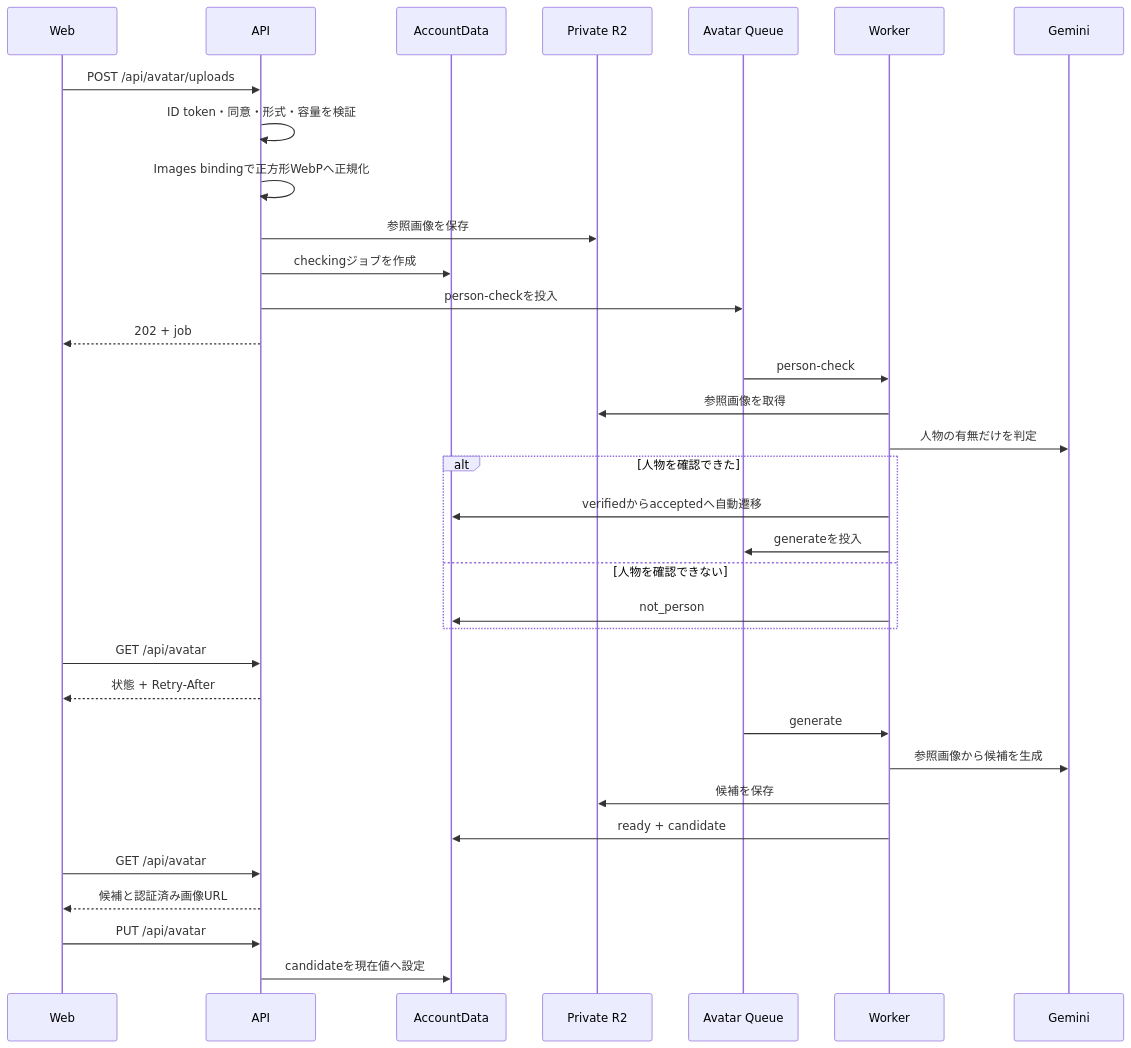
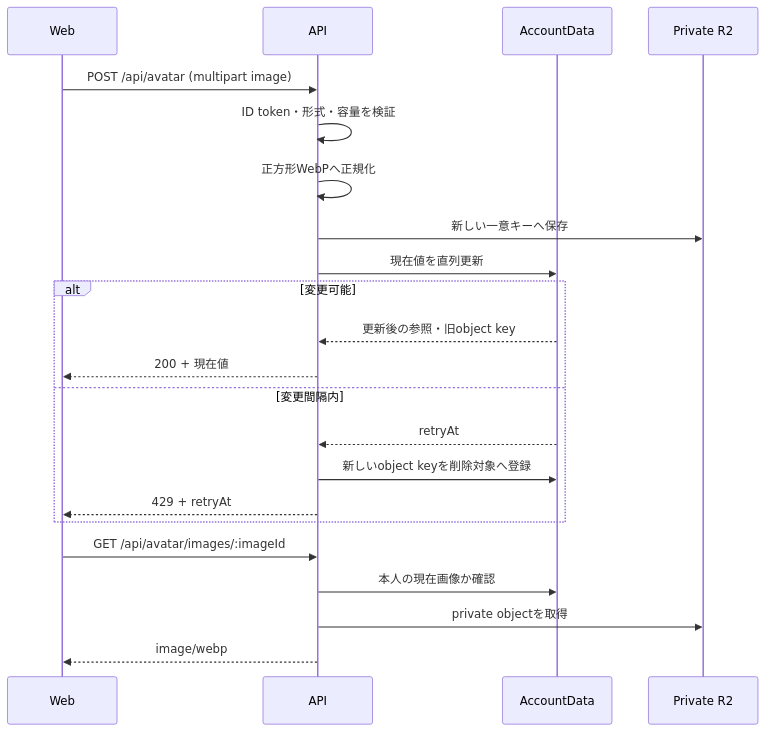
Before and after one commit to kkyosuke/me-builder: the diagram in docs/architecture/avatar-implementation-design.md, drawn with Mermaid. The commit also changed other lines of this file and 66 other files, not shown here.

````diff
--- a/docs/architecture/avatar-implementation-design.md
+++ b/docs/architecture/avatar-implementation-design.md
@@ -24,37 +21,25 @@
 ```mermaid
 sequenceDiagram
     participant Web
     participant API
     participant AD as AccountData
     participant R2 as Private R2
-    participant Q as Avatar Queue
-    participant Worker
-    participant Gemini
 
-    Web->>API: POST /api/avatar/uploads
-    API->>API: ID token・同意・形式・容量を検証
-    API->>API: Images bindingで正方形WebPへ正規化
-    API->>R2: 参照画像を保存
-    API->>AD: checkingジョブを作成
-    API->>Q: person-checkを投入
-    API-->>Web: 202 + job
-    Q->>Worker: person-check
-    Worker->>R2: 参照画像を取得
-    Worker->>Gemini: 人物の有無だけを判定
-    alt 人物を確認できた
-        Worker->>AD: verifiedからacceptedへ自動遷移
-        Worker->>Q: generateを投入
-    else 人物を確認できない
-        Worker->>AD: not_person
+    Web->>API: POST /api/avatar (multipart image)
+    API->>API: ID token・形式・容量を検証
+    API->>API: 正方形WebPへ正規化
+    API->>R2: 新しい一意キーへ保存
+    API->>AD: 現在値を直列更新
+    alt 変更可能
+        AD-->>API: 更新後の参照・旧object key
+        API-->>Web: 200 + 現在値
+    else 変更間隔内
+        AD-->>API: retryAt
+        API->>AD: 新しいobject keyを削除対象へ登録
+        API-->>Web: 429 + retryAt
     end
-    Web->>API: GET /api/avatar
-    API-->>Web: 状態 + Retry-After
-    Q->>Worker: generate
-    Worker->>Gemini: 参照画像から候補を生成
-    Worker->>R2: 候補を保存
-    Worker->>AD: ready + candidate
-    Web->>API: GET /api/avatar
-    API-->>Web: 候補と認証済み画像URL
-    Web->>API: PUT /api/avatar
-    API->>AD: candidateを現在値へ設定
+    Web->>API: GET /api/avatar/images/:imageId
+    API->>AD: 本人の現在画像か確認
+    API->>R2: private objectを取得
+    API-->>Web: image/webp
 ```
````
